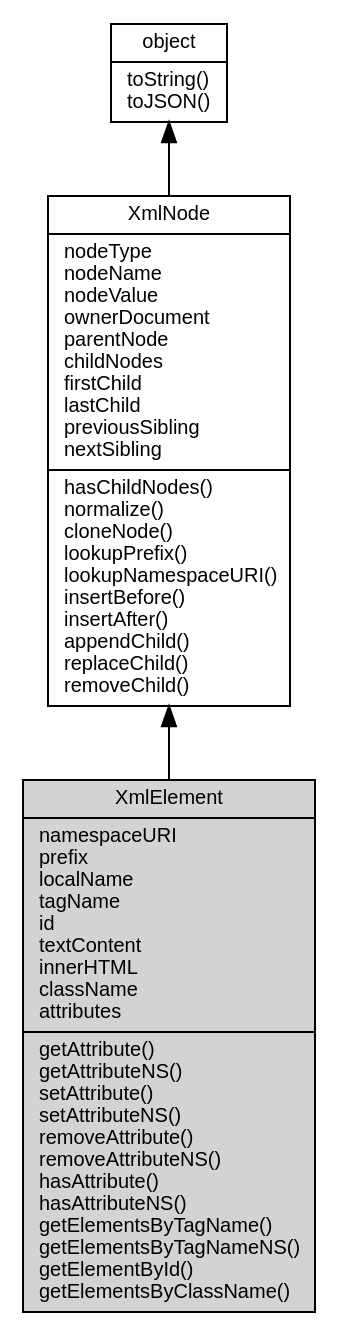
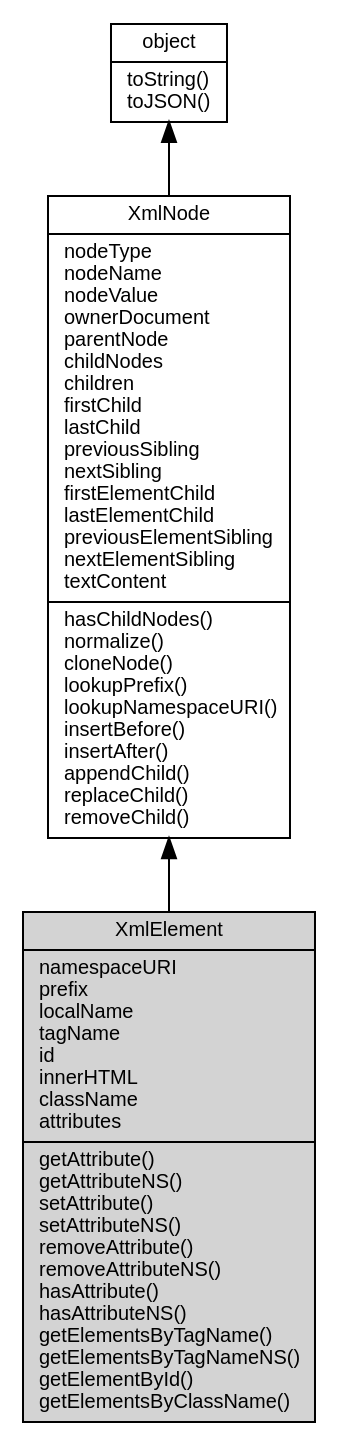
One commit to fibjs/fibjs.org changed the diagram in docs/manual/object/ifs/XmlElement.md. Above: the diagram before and after it, drawn with Graphviz. The commit also changed other lines of this file and 41 other files, not shown here.

````diff
--- a/docs/manual/object/ifs/XmlElement.md
+++ b/docs/manual/object/ifs/XmlElement.md
@@ -5,12 +5,12 @@
 ```dot
 digraph {
     node [fontname="Helvetica,sans-Serif", fontsize=10, shape="record", style="filled", fillcolor="white"];
 
     object [tooltip="object", URL="object.md", label="{object|toString()\ltoJSON()\l}"];
-    XmlNode [tooltip="XmlNode", URL="XmlNode.md", label="{XmlNode|nodeType\lnodeName\lnodeValue\lownerDocument\lparentNode\lchildNodes\lfirstChild\llastChild\lpreviousSibling\lnextSibling\l|hasChildNodes()\lnormalize()\lcloneNode()\llookupPrefix()\llookupNamespaceURI()\linsertBefore()\linsertAfter()\lappendChild()\lreplaceChild()\lremoveChild()\l}"];
-    XmlElement [tooltip="XmlElement", fillcolor="lightgray", id="me", label="{XmlElement|namespaceURI\lprefix\llocalName\ltagName\lid\ltextContent\linnerHTML\lclassName\lattributes\l|getAttribute()\lgetAttributeNS()\lsetAttribute()\lsetAttributeNS()\lremoveAttribute()\lremoveAttributeNS()\lhasAttribute()\lhasAttributeNS()\lgetElementsByTagName()\lgetElementsByTagNameNS()\lgetElementById()\lgetElementsByClassName()\l}"];
+    XmlNode [tooltip="XmlNode", URL="XmlNode.md", label="{XmlNode|nodeType\lnodeName\lnodeValue\lownerDocument\lparentNode\lchildNodes\lchildren\lfirstChild\llastChild\lpreviousSibling\lnextSibling\lfirstElementChild\llastElementChild\lpreviousElementSibling\lnextElementSibling\ltextContent\l|hasChildNodes()\lnormalize()\lcloneNode()\llookupPrefix()\llookupNamespaceURI()\linsertBefore()\linsertAfter()\lappendChild()\lreplaceChild()\lremoveChild()\l}"];
+    XmlElement [tooltip="XmlElement", fillcolor="lightgray", id="me", label="{XmlElement|namespaceURI\lprefix\llocalName\ltagName\lid\linnerHTML\lclassName\lattributes\l|getAttribute()\lgetAttributeNS()\lsetAttribute()\lsetAttributeNS()\lremoveAttribute()\lremoveAttributeNS()\lhasAttribute()\lhasAttributeNS()\lgetElementsByTagName()\lgetElementsByTagNameNS()\lgetElementById()\lgetElementsByClassName()\l}"];
 
     object -> XmlNode [dir=back];
     XmlNode -> XmlElement [dir=back];
 }
 ```
````
